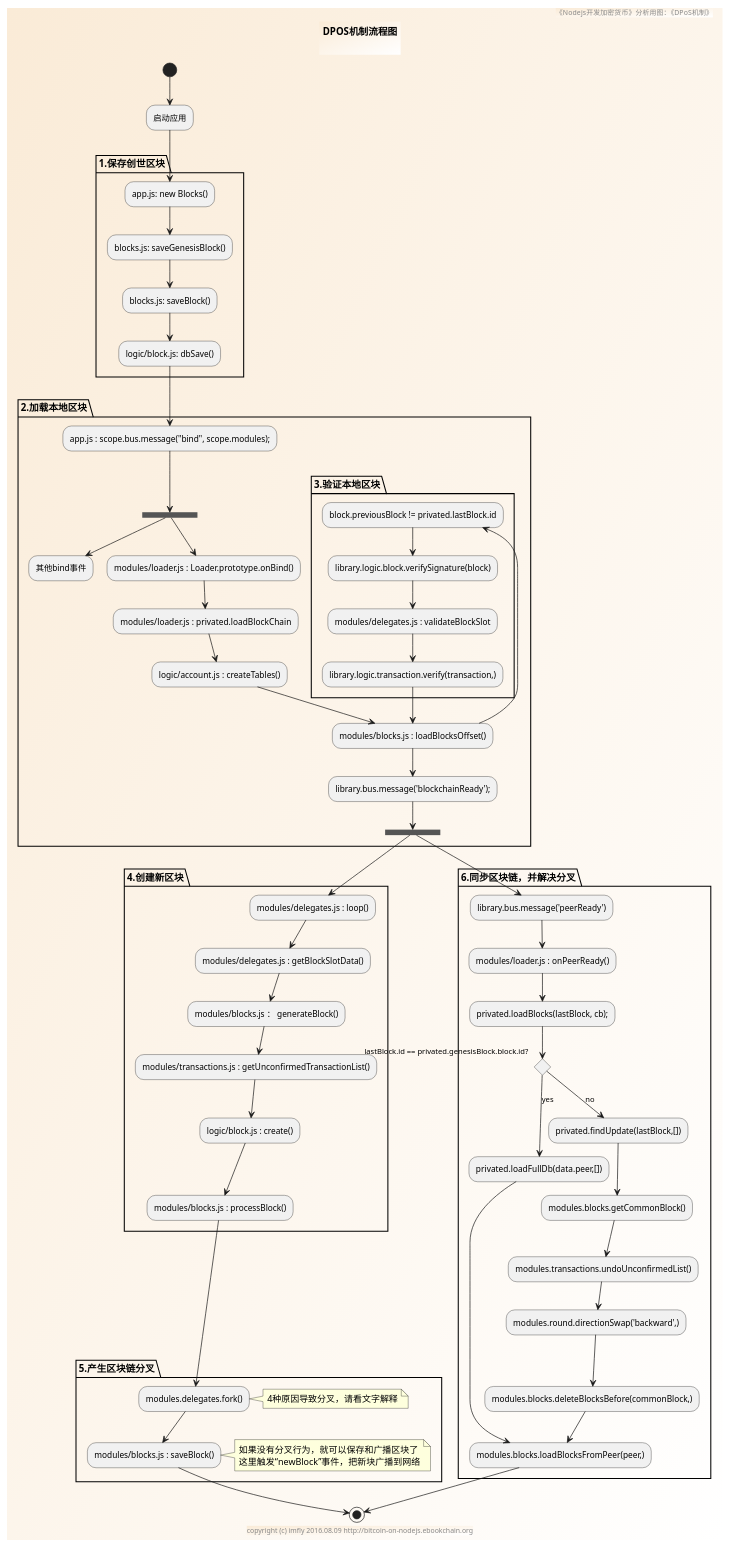
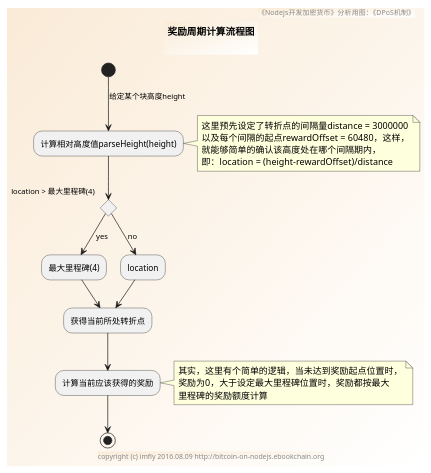
The diagram in sources/modules/dpos/activity.pu (brightmanforever022/bitcoin-on-nodejs), drawn with PlantUML before and after one commit. The commit also changed 18 other files, not shown here.

```diff
--- a/sources/modules/dpos/activity.pu
+++ b/sources/modules/dpos/activity.pu
@@ -1,80 +1,39 @@
-@startuml ../../../styles/images/modules/dpos/dpos-activity.png
+@startuml ../../../styles/images/modules/dpos/milestones-activity.png
 skinparam BorderColor #blue\9932CC
 skinparam backgroundcolor AntiqueWhite/white
 
 title
-DPOS机制流程图
+奖励周期计算流程图
 
 end title
 
 footer copyright (c) imfly 2016.08.09 http://bitcoin-on-nodejs.ebookchain.org
 header 《Nodejs开发加密货币》分析用图：《DPoS机制》
 
-(*) --> 启动应用
+(*) --> [给定某个块高度height] "计算相对高度值parseHeight(height)"
 
-partition "1.保存创世区块" {
-  --> app.js: new Blocks()
-  --> blocks.js: saveGenesisBlock()
-  --> blocks.js: saveBlock()
-  --> logic/block.js: dbSave()
-}
+note right
+这里预先设定了转折点的间隔量distance = 3000000
+以及每个间隔的起点rewardOffset = 60480，这样，
+就能够简单的确认该高度处在哪个间隔期内，
+即：location = (height-rewardOffset)/distance
+end note
 
-partition "2.加载本地区块" {
-  --> app.js : scope.bus.message("bind", scope.modules);
-  --> ==bind==
-  --> "其他bind事件"
-  ==bind== --> modules/loader.js : Loader.prototype.onBind()
-  --> modules/loader.js : privated.loadBlockChain
-  --> logic/account.js : createTables()
-  --> "modules/blocks.js : loadBlocksOffset()" as loadBlocksOffset
-  partition "3.验证本地区块" {
-    --> block.previousBlock != privated.lastBlock.id
-    --> library.logic.block.verifySignature(block)
-    --> modules/delegates.js : validateBlockSlot
-    --> library.logic.transaction.verify(transaction,)
-    --> loadBlocksOffset
-  }
-  --> library.bus.message('blockchainReady');
-  --> ==blockchainReady==
-}
+if location > 最大里程碑(4) then
+--> [yes] "最大里程碑(4)"
+--> "获得当前所处转折点" as milestone
+else
+--> [no] location
+--> milestone
+endif
 
-partition "4.创建新区块" {
-  --> modules/delegates.js : loop()
-  --> modules/delegates.js : getBlockSlotData()
-  --> modules/blocks.js ： generateBlock()
-  --> modules/transactions.js : getUnconfirmedTransactionList()
-  --> logic/block.js : create()
-  --> modules/blocks.js : processBlock()
-}
+--> 计算当前应该获得的奖励
 
-partition "5.产生区块链分叉" {
-  --> modules.delegates.fork()
-  note right: 4种原因导致分叉，请看文字解释
-  --> modules/blocks.js : saveBlock()
-  note right
-  如果没有分叉行为，就可以保存和广播区块了
-  这里触发“newBlock”事件，把新块广播到网络
-  end note
-}
-
---> (*)
-
-partition "6.同步区块链，并解决分叉" {
-  ==blockchainReady== --> library.bus.message('peerReady')
-  --> modules/loader.js : onPeerReady()
-  --> privated.loadBlocks(lastBlock, cb);
-  if lastBlock.id == privated.genesisBlock.block.id? then
-  --> [yes] privated.loadFullDb(data.peer,[])
-  --> "modules.blocks.loadBlocksFromPeer(peer,)" as loadBlocksFromPeer
-  else
-  --> [no] privated.findUpdate(lastBlock,[])
-  endif
-  --> modules.blocks.getCommonBlock()
-  --> modules.transactions.undoUnconfirmedList()
-  --> modules.round.directionSwap('backward',)
-  --> modules.blocks.deleteBlocksBefore(commonBlock,)
-  --> loadBlocksFromPeer
-}
+note right
+其实，这里有个简单的逻辑，当未达到奖励起点位置时，
+奖励为0，大于设定最大里程碑位置时，奖励都按最大
+里程碑的奖励额度计算
+end note
 
 --> (*)
 @enduml
```
